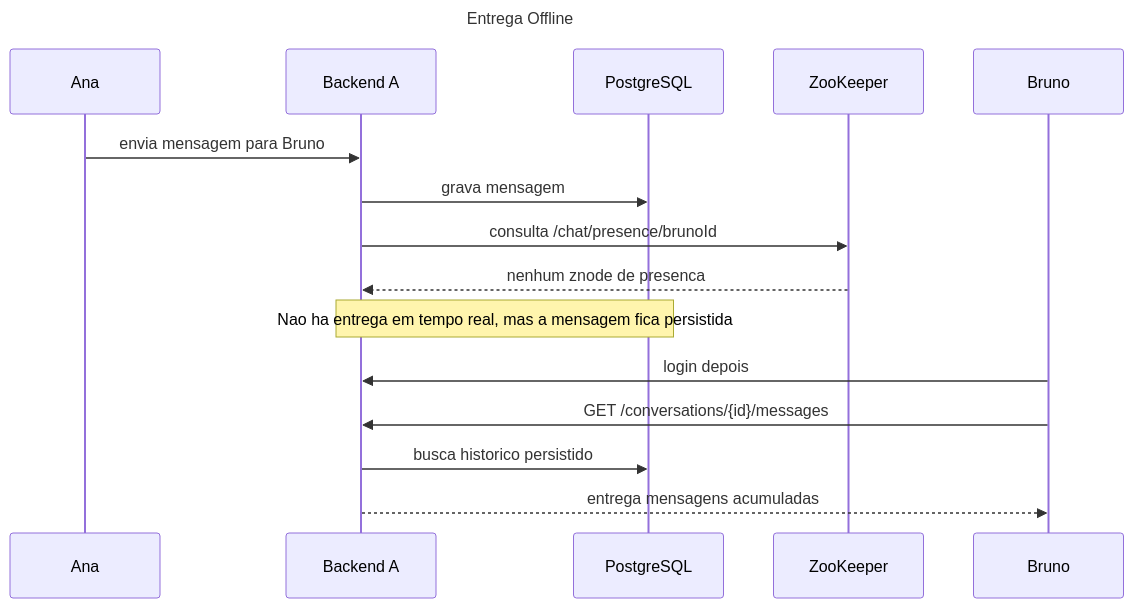
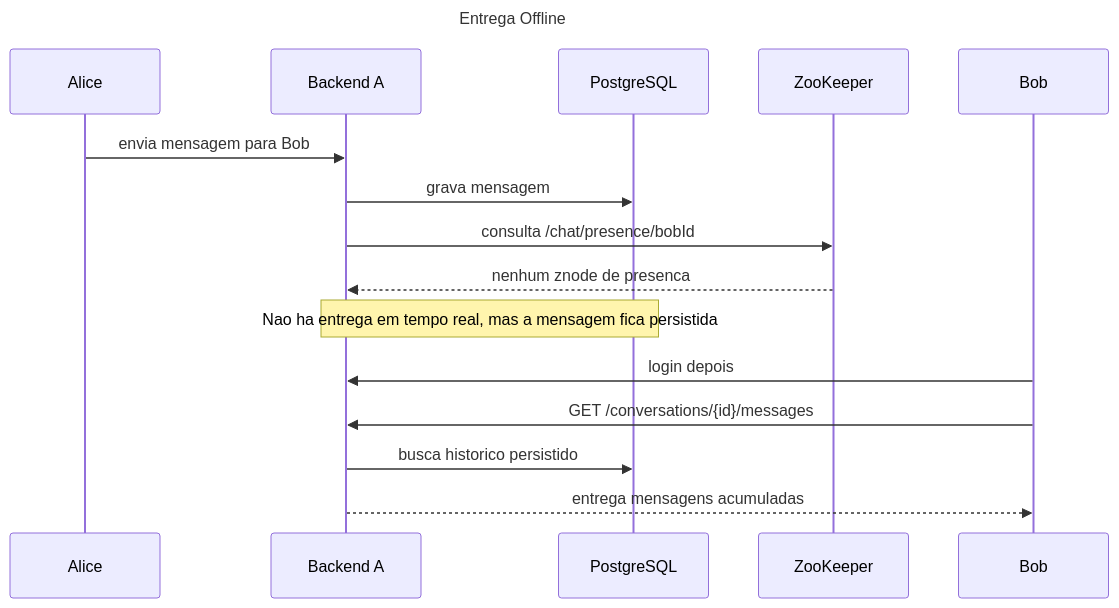
The seventh of 10 diagrams in docs/diagrams.md (jvmr1/chat-distribuido), drawn with Mermaid before and after one commit. The commit also changed other lines of this file and 7 other files, not shown here.

````diff
--- a/docs/diagrams.md
+++ b/docs/diagrams.md
@@ -183,22 +183,22 @@
 ```mermaid
 ---
 title: Entrega Offline
 ---
 sequenceDiagram
-  participant Ana as Ana
+  participant Alice as Alice
   participant B1 as Backend A
   participant DB as PostgreSQL
   participant ZK as ZooKeeper
-  participant Bruno as Bruno
+  participant Bob as Bob
 
-  Ana->>B1: envia mensagem para Bruno
+  Alice->>B1: envia mensagem para Bob
   B1->>DB: grava mensagem
-  B1->>ZK: consulta /chat/presence/brunoId
+  B1->>ZK: consulta /chat/presence/bobId
   ZK-->>B1: nenhum znode de presenca
   Note over B1,DB: Nao ha entrega em tempo real, mas a mensagem fica persistida
 
-  Bruno->>B1: login depois
-  Bruno->>B1: GET /conversations/{id}/messages
+  Bob->>B1: login depois
+  Bob->>B1: GET /conversations/{id}/messages
   B1->>DB: busca historico persistido
-  B1-->>Bruno: entrega mensagens acumuladas
+  B1-->>Bob: entrega mensagens acumuladas
 ```
````
